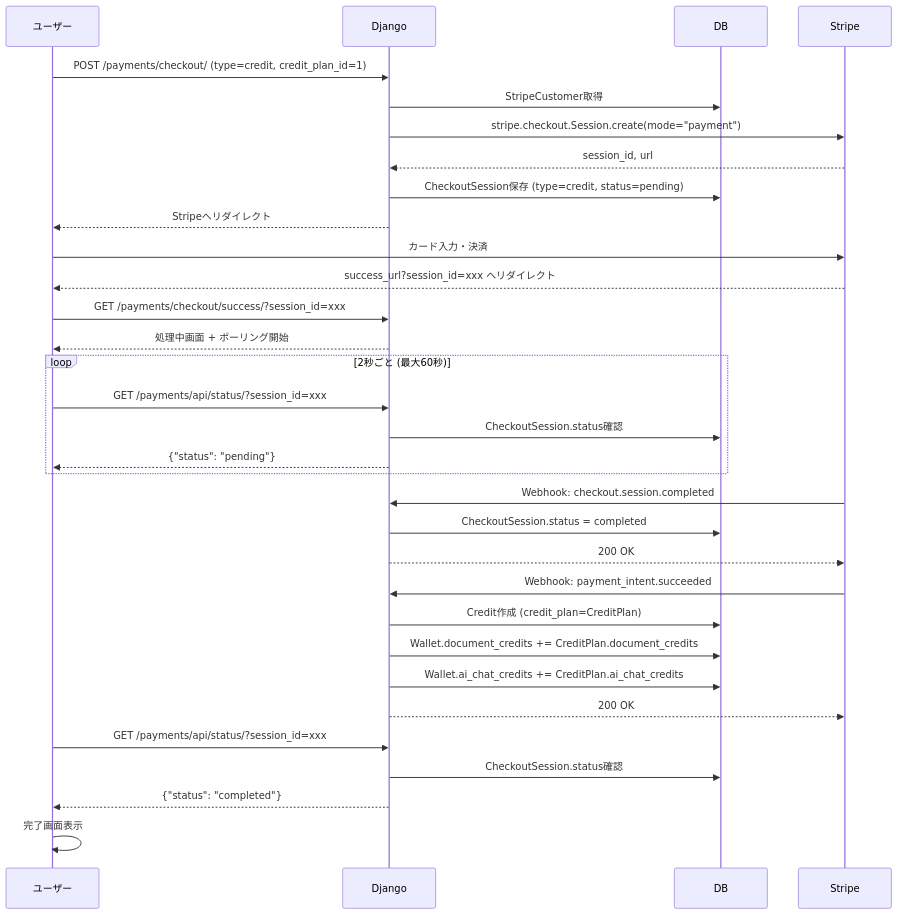
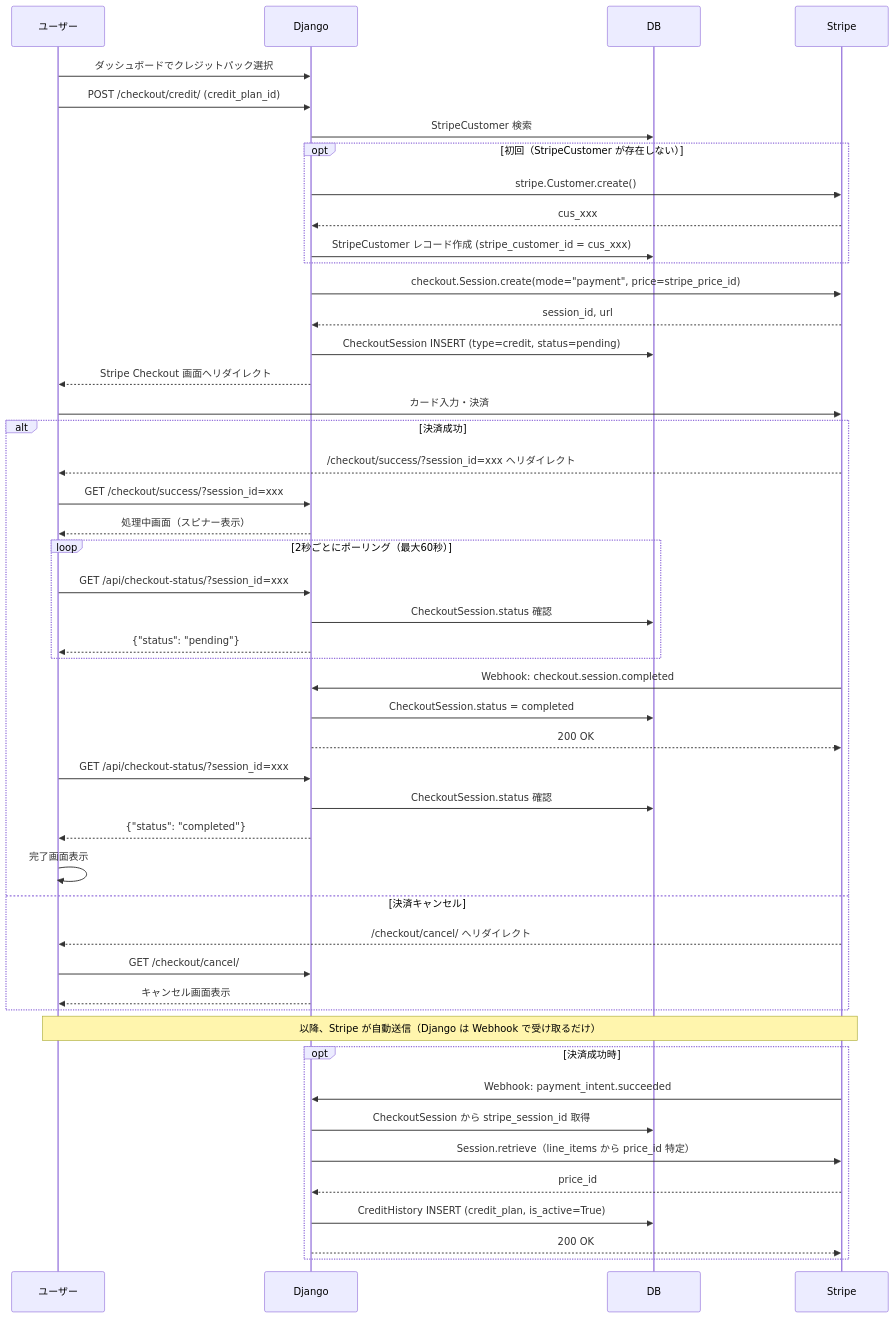
Before and after one commit to suzuki-tomok/payment-core: the second of 3 diagrams in docs/checkout-flow.md, drawn with Mermaid. The commit also changed other lines of this file and 20 other files, not shown here.

First line of the commit message:
feat: ポーリング機能追加・シーケンス図更新

````diff
--- a/docs/checkout-flow.md
+++ b/docs/checkout-flow.md
@@ -47,41 +79,62 @@
 ```mermaid
 sequenceDiagram
     participant U as ユーザー
     participant D as Django
     participant DB as DB
     participant S as Stripe
 
-    U->>D: POST /payments/checkout/ (type=credit, credit_plan_id=1)
-    D->>DB: StripeCustomer取得
-    D->>S: stripe.checkout.Session.create(mode="payment")
+    U->>D: ダッシュボードでクレジットパック選択
+    U->>D: POST /checkout/credit/ (credit_plan_id)
+
+    D->>DB: StripeCustomer 検索
+
+    opt 初回（StripeCustomer が存在しない）
+        D->>S: stripe.Customer.create()
+        S-->>D: cus_xxx
+        D->>DB: StripeCustomer レコード作成 (stripe_customer_id = cus_xxx)
+    end
+
+    D->>S: checkout.Session.create(mode="payment", price=stripe_price_id)
     S-->>D: session_id, url
-    D->>DB: CheckoutSession保存 (type=credit, status=pending)
-    D-->>U: Stripeへリダイレクト
+    D->>DB: CheckoutSession INSERT (type=credit, status=pending)
+    D-->>U: Stripe Checkout 画面へリダイレクト
 
     U->>S: カード入力・決済
-    S-->>U: success_url?session_id=xxx へリダイレクト
 
-    U->>D: GET /payments/checkout/success/?session_id=xxx
-    D-->>U: 処理中画面 + ポーリング開始
+    alt 決済成功
+        S-->>U: /checkout/success/?session_id=xxx へリダイレクト
+        U->>D: GET /checkout/success/?session_id=xxx
+        D-->>U: 処理中画面（スピナー表示）
 
-    loop 2秒ごと (最大60秒)
-        U->>D: GET /payments/api/status/?session_id=xxx
-        D->>DB: CheckoutSession.status確認
-        D-->>U: {"status": "pending"}
+        loop 2秒ごとにポーリング（最大60秒）
+            U->>D: GET /api/checkout-status/?session_id=xxx
+            D->>DB: CheckoutSession.status 確認
+            D-->>U: {"status": "pending"}
+        end
+
+        S->>D: Webhook: checkout.session.completed
+        D->>DB: CheckoutSession.status = completed
+        D-->>S: 200 OK
+
+        U->>D: GET /api/checkout-status/?session_id=xxx
+        D->>DB: CheckoutSession.status 確認
+        D-->>U: {"status": "completed"}
+        U->>U: 完了画面表示
+
+    else 決済キャンセル
+        S-->>U: /checkout/cancel/ へリダイレクト
+        U->>D: GET /checkout/cancel/
+        D-->>U: キャンセル画面表示
     end
 
-    S->>D: Webhook: checkout.session.completed
-    D->>DB: CheckoutSession.status = completed
-    D-->>S: 200 OK
+    Note over U,S: 以降、Stripe が自動送信（Django は Webhook で受け取るだけ）
 
-    S->>D: Webhook: payment_intent.succeeded
-    D->>DB: Credit作成 (credit_plan=CreditPlan)
-    D->>DB: Wallet.document_credits += CreditPlan.document_credits
-    D->>DB: Wallet.ai_chat_credits += CreditPlan.ai_chat_credits
-    D-->>S: 200 OK
-
-    U->>D: GET /payments/api/status/?session_id=xxx
-    D->>DB: CheckoutSession.status確認
-    D-->>U: {"status": "completed"}
-    U->>U: 完了画面表示
+    opt 決済成功時
+        S->>D: Webhook: payment_intent.succeeded
+        D->>DB: CheckoutSession から stripe_session_id 取得
+        D->>S: Session.retrieve（line_items から price_id 特定）
+        S-->>D: price_id
+        D->>DB: CreditHistory INSERT (credit_plan, is_active=True)
+        D-->>S: 200 OK
+    end
 ```
````
